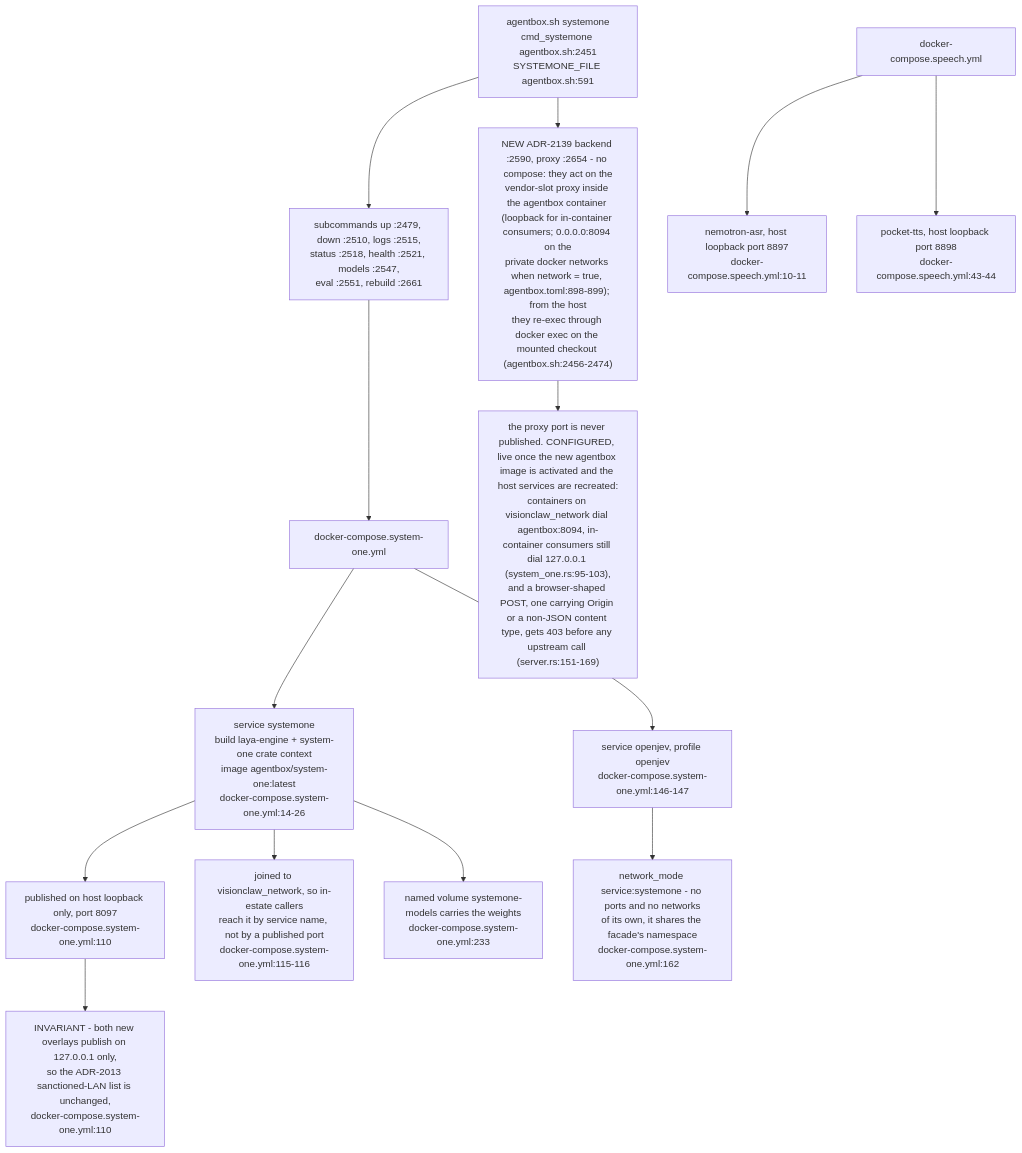
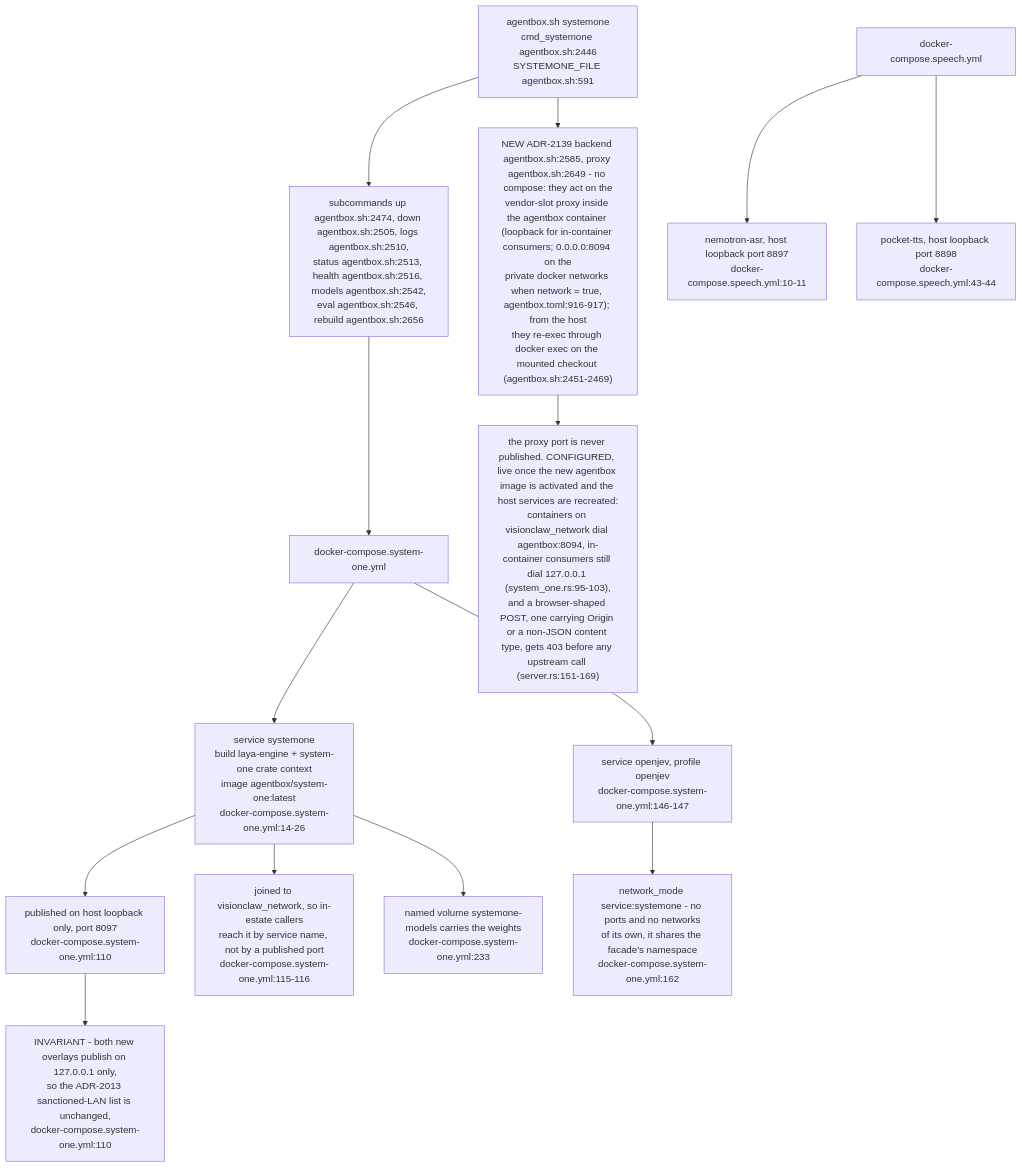
The tenth of 14 diagrams in docs/diagrams/agentbox/06-sidecars-and-compose-overlays.md (DreamLab-AI/VisionFlow), drawn with Mermaid before and after one commit. The commit also changed other lines of this file and 7 other files, not shown here.

````diff
--- a/docs/diagrams/agentbox/06-sidecars-and-compose-overlays.md
+++ b/docs/diagrams/agentbox/06-sidecars-and-compose-overlays.md
@@ -297,20 +298,20 @@
 ```mermaid
 flowchart TB
-    CLI["agentbox.sh systemone<br/>cmd_systemone agentbox.sh:2451<br/>SYSTEMONE_FILE agentbox.sh:591"] --> SUB["subcommands up :2479, down :2510, logs :2515,<br/>status :2518, health :2521, models :2547,<br/>eval :2551, rebuild :2661"]
-    CLI --> VEND["NEW ADR-2139 backend :2590, proxy :2654 - no compose: they act on the<br/>vendor-slot proxy inside the agentbox container (loopback for in-container consumers; 0.0.0.0:8094 on the<br/>private docker networks when network = true, agentbox.toml:898-899); from the host<br/>they re-exec through docker exec on the mounted checkout (agentbox.sh:2456-2474)"]
+    CLI["agentbox.sh systemone<br/>cmd_systemone agentbox.sh:2446<br/>SYSTEMONE_FILE agentbox.sh:591"] --> SUB["subcommands up agentbox.sh:2474, down agentbox.sh:2505, logs agentbox.sh:2510,<br/>status agentbox.sh:2513, health agentbox.sh:2516, models agentbox.sh:2542,<br/>eval agentbox.sh:2546, rebuild agentbox.sh:2656"]
+    CLI --> VEND["NEW ADR-2139 backend agentbox.sh:2585, proxy agentbox.sh:2649 - no compose: they act on the<br/>vendor-slot proxy inside the agentbox container (loopback for in-container consumers; 0.0.0.0:8094 on the<br/>private docker networks when network = true, agentbox.toml:916-917); from the host<br/>they re-exec through docker exec on the mounted checkout (agentbox.sh:2451-2469)"]
     SUB --> COMPOSE["docker-compose.system-one.yml"]
 
     COMPOSE --> FACADE["service systemone<br/>build laya-engine + system-one crate context<br/>image agentbox/system-one:latest<br/>docker-compose.system-one.yml:14-26"]
     FACADE --> PUB["published on host loopback only, port 8097<br/>docker-compose.system-one.yml:110"]
     FACADE --> NET["joined to visionclaw_network, so in-estate callers<br/>reach it by service name, not by a published port<br/>docker-compose.system-one.yml:115-116"]
     FACADE --> VOL["named volume systemone-models carries the weights<br/>docker-compose.system-one.yml:233"]
 
     COMPOSE --> ENGINE["service openjev, profile openjev<br/>docker-compose.system-one.yml:146-147"]
     ENGINE --> NM["network_mode service:systemone - no ports and no networks<br/>of its own, it shares the facade's namespace<br/>docker-compose.system-one.yml:162"]
 
     SPEECH["docker-compose.speech.yml"] --> ASR["nemotron-asr, host loopback port 8897<br/>docker-compose.speech.yml:10-11"]
     SPEECH --> TTS["pocket-tts, host loopback port 8898<br/>docker-compose.speech.yml:43-44"]
 
     PUB --> INV["INVARIANT - both new overlays publish on 127.0.0.1 only,<br/>so the ADR-2013 sanctioned-LAN list is unchanged,<br/>docker-compose.system-one.yml:110"]
     VEND --> PNET["the proxy port is never published. CONFIGURED, live once the new agentbox image is activated and the host services are recreated:<br/>containers on visionclaw_network dial agentbox:8094, in-container consumers still dial 127.0.0.1 (system_one.rs:95-103),<br/>and a browser-shaped POST, one carrying Origin or a non-JSON content type, gets 403 before any upstream call (server.rs:151-169)"]
 ```
````
